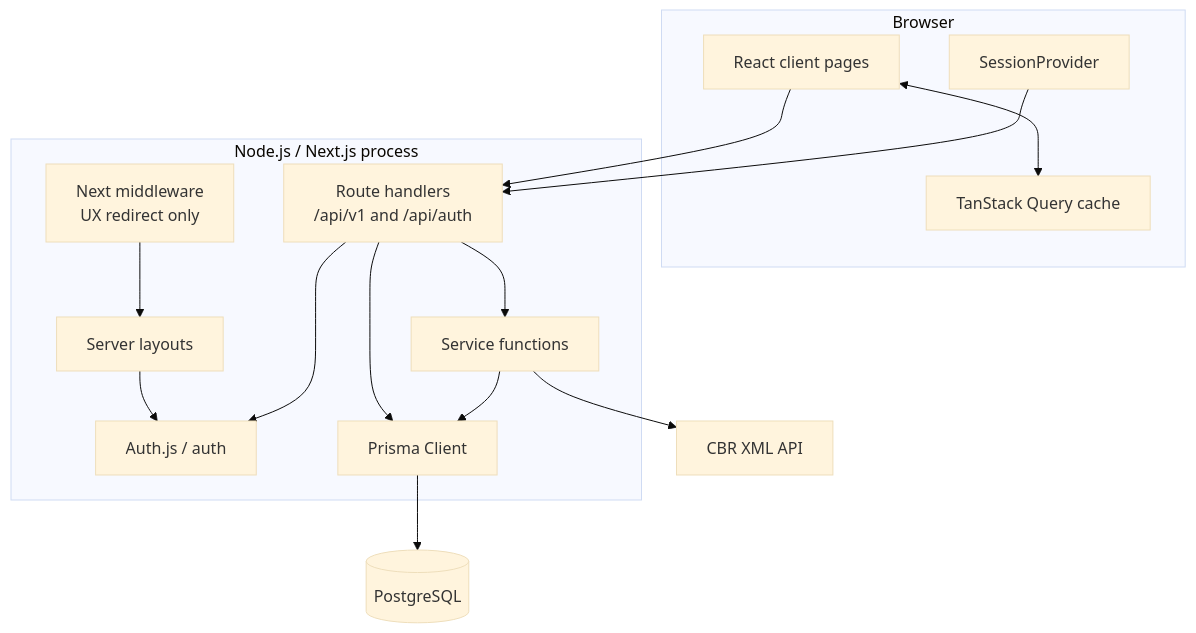
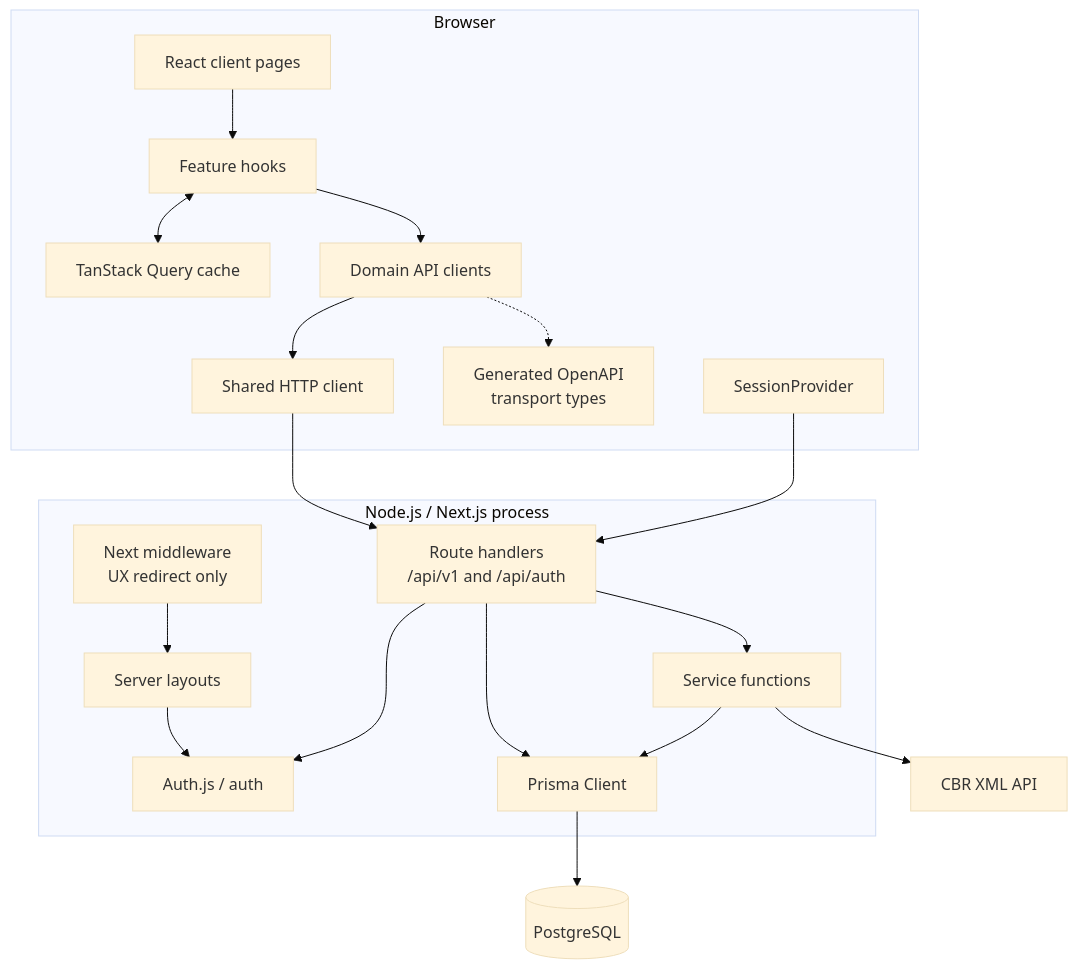
Before and after one commit to b4s1l3k/oh-my-slopwise: the second of 4 diagrams in docs/architecture/01-system-context.md, drawn with Mermaid (base theme). The commit also changed other lines of this file and 11 other files, not shown here.

Commit message:
docs: align architecture with current implementation

````diff
--- a/docs/architecture/01-system-context.md
+++ b/docs/architecture/01-system-context.md
@@ -40,32 +40,40 @@
 ```mermaid
 flowchart TB
     subgraph browser[Browser]
         pages[React client pages]
+        hooks[Feature hooks]
         query[TanStack Query cache]
+        clients[Domain API clients]
+        http[Shared HTTP client]
+        contract[Generated OpenAPI\ntransport types]
         session[SessionProvider]
     end
 
     subgraph node[Node.js / Next.js process]
         middleware[Next middleware\nUX redirect only]
         layouts[Server layouts]
         auth[Auth.js / auth]
         routes[Route handlers\n/api/v1 and /api/auth]
         services[Service functions]
         prisma[Prisma Client]
     end
 
     postgres[(PostgreSQL)]
     cbr[CBR XML API]
 
-    pages <--> query
-    pages --> routes
+    pages --> hooks
+    hooks <--> query
+    hooks --> clients
+    clients --> http
+    clients -.-> contract
+    http --> routes
     session --> routes
     middleware --> layouts
     layouts --> auth
     routes --> auth
     routes --> services
     routes --> prisma
     services --> prisma
     services --> cbr
     prisma --> postgres
 ```
````
